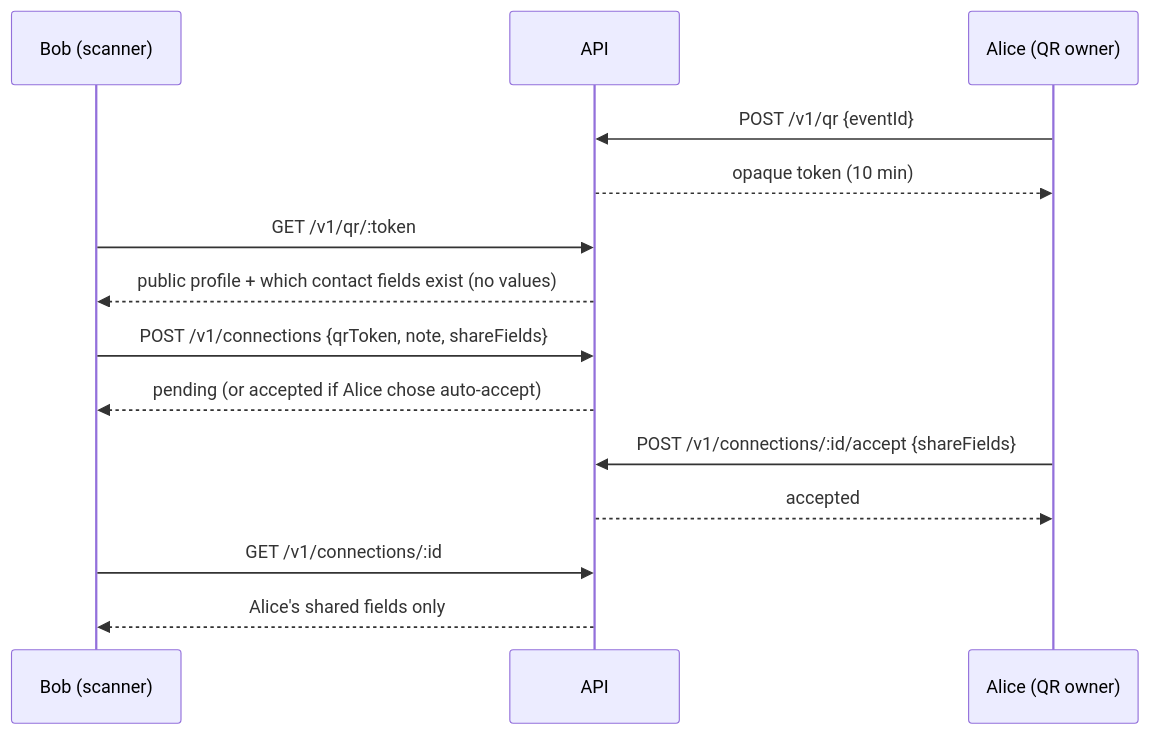
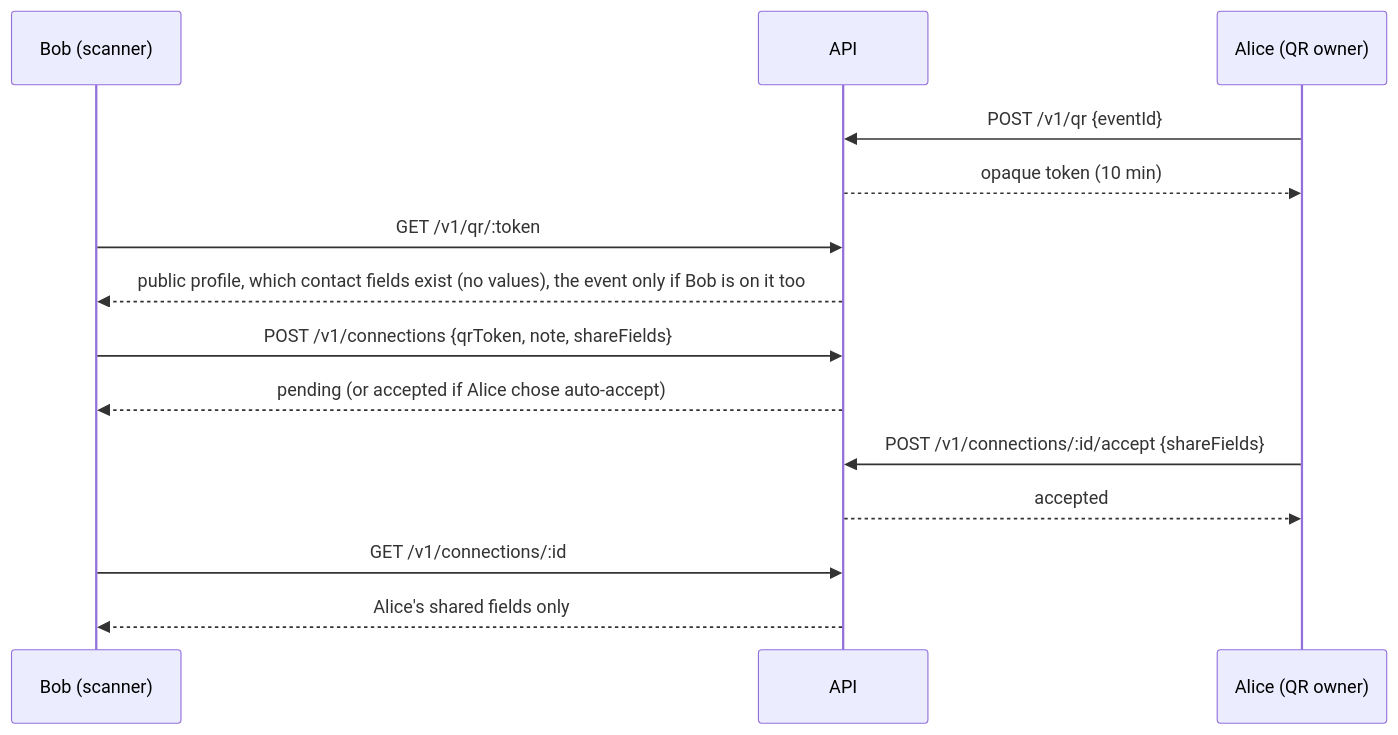
One commit to diyakarmakar779/klick changed the second of 3 diagrams in docs/ARCHITECTURE.md. Above: the diagram before and after it, drawn with Mermaid. The commit also changed other lines of this file and 3 other files, not shown here.

First line of the commit message:
Docs: match README, architecture and privacy page to the code

````diff
--- a/docs/ARCHITECTURE.md
+++ b/docs/ARCHITECTURE.md
@@ -107,16 +109,16 @@
 ```mermaid
 sequenceDiagram
   participant B as Bob (scanner)
   participant API
   participant A as Alice (QR owner)
   A->>API: POST /v1/qr {eventId}
   API-->>A: opaque token (10 min)
   B->>API: GET /v1/qr/:token
-  API-->>B: public profile + which contact fields exist (no values)
+  API-->>B: public profile, which contact fields exist (no values), the event only if Bob is on it too
   B->>API: POST /v1/connections {qrToken, note, shareFields}
   API-->>B: pending (or accepted if Alice chose auto-accept)
   A->>API: POST /v1/connections/:id/accept {shareFields}
   API-->>A: accepted
   B->>API: GET /v1/connections/:id
   API-->>B: Alice's shared fields only
 ```
````
